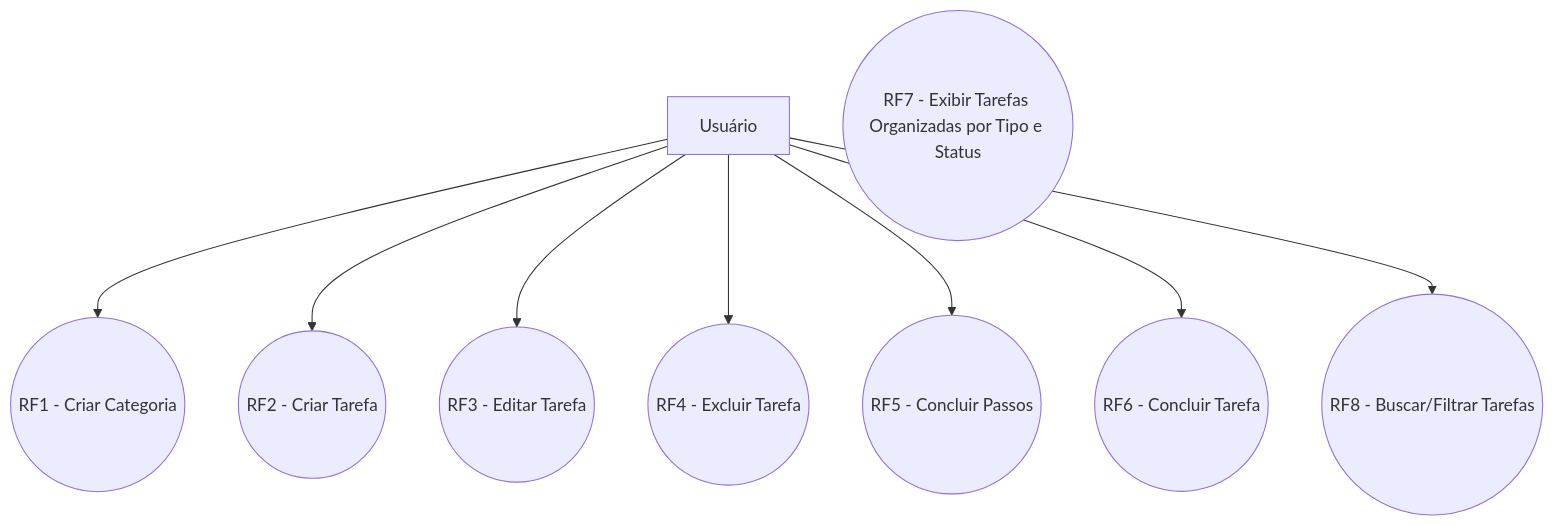
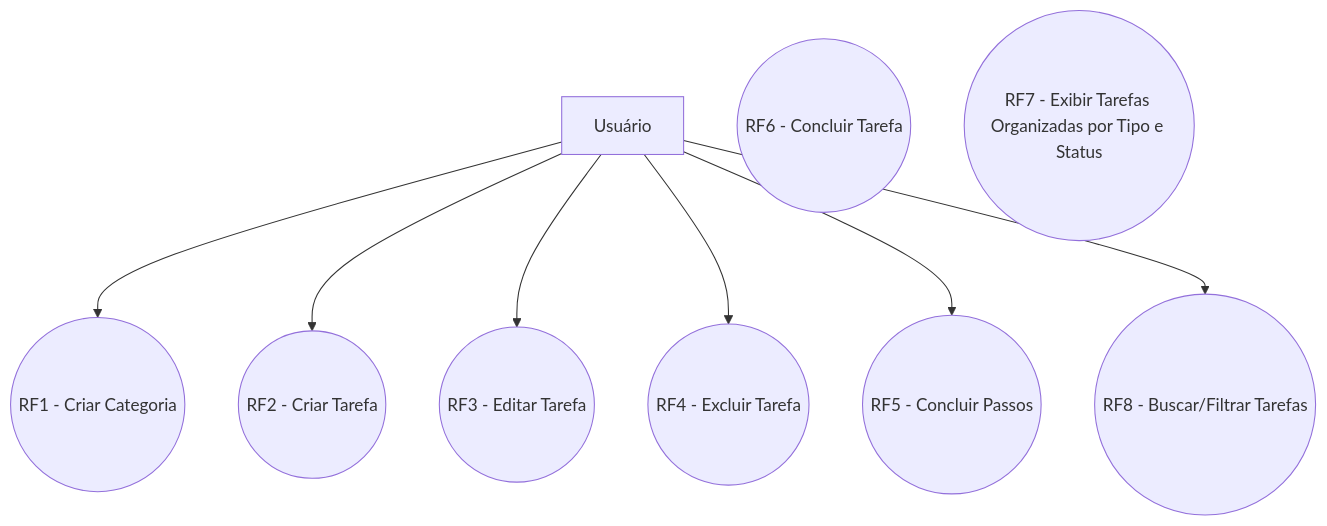
One commit to duanzin/chore-organizer changed the first of 6 diagrams in REQUISITOS_Organizador_de_Tarefas.md. Above: the diagram before and after it, drawn with Mermaid.

Commit message:
fix: mermaid corrections for item 7

````diff
--- a/REQUISITOS_Organizador_de_Tarefas.md
+++ b/REQUISITOS_Organizador_de_Tarefas.md
@@ -88,15 +88,14 @@
 ```mermaid
 %% Diagrama de Casos de Uso - Organizador de Tarefas
 flowchart TD
   Usuario[Usuário]
   Usuario --> UC1((RF1 - Criar Categoria))
   Usuario --> UC2((RF2 - Criar Tarefa))
   Usuario --> UC3((RF3 - Editar Tarefa))
   Usuario --> UC4((RF4 - Excluir Tarefa))
   Usuario --> UC5((RF5 - Concluir Passos))
-  Usuario --> UC6((RF6 - Concluir Tarefa))
   %% Os casos de uso abaixo são executados pelo sistema automaticamente
   UC6((RF6 - Concluir Tarefa))
   UC7((RF7 - Exibir Tarefas Organizadas por Tipo e Status))
   Usuario --> UC8((RF8 - Buscar/Filtrar Tarefas))
 ```
````
